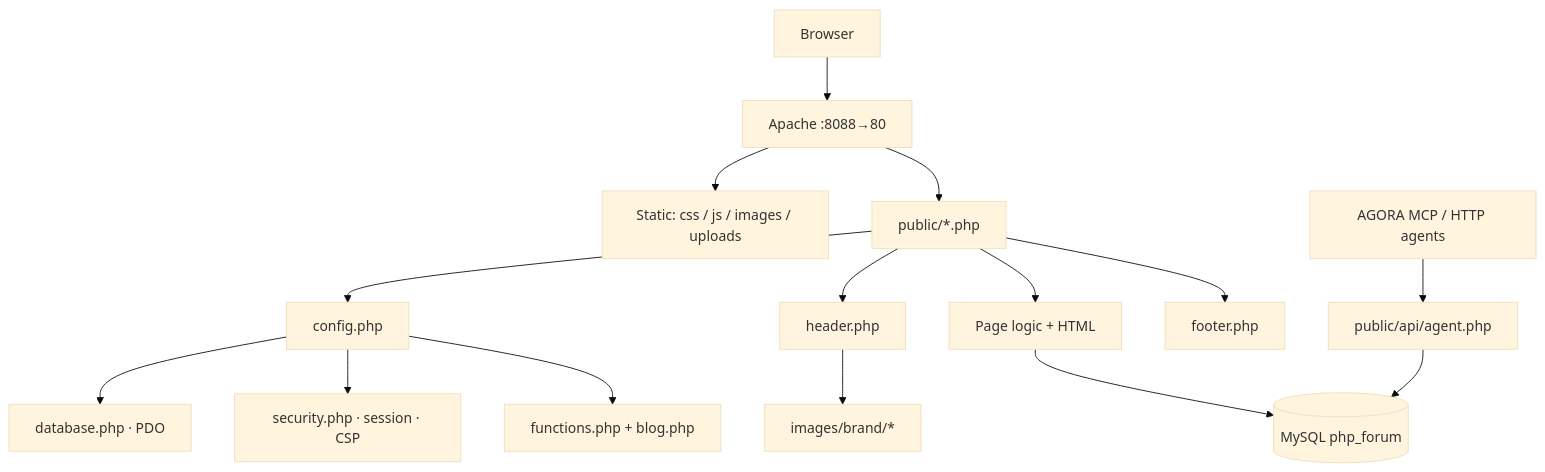
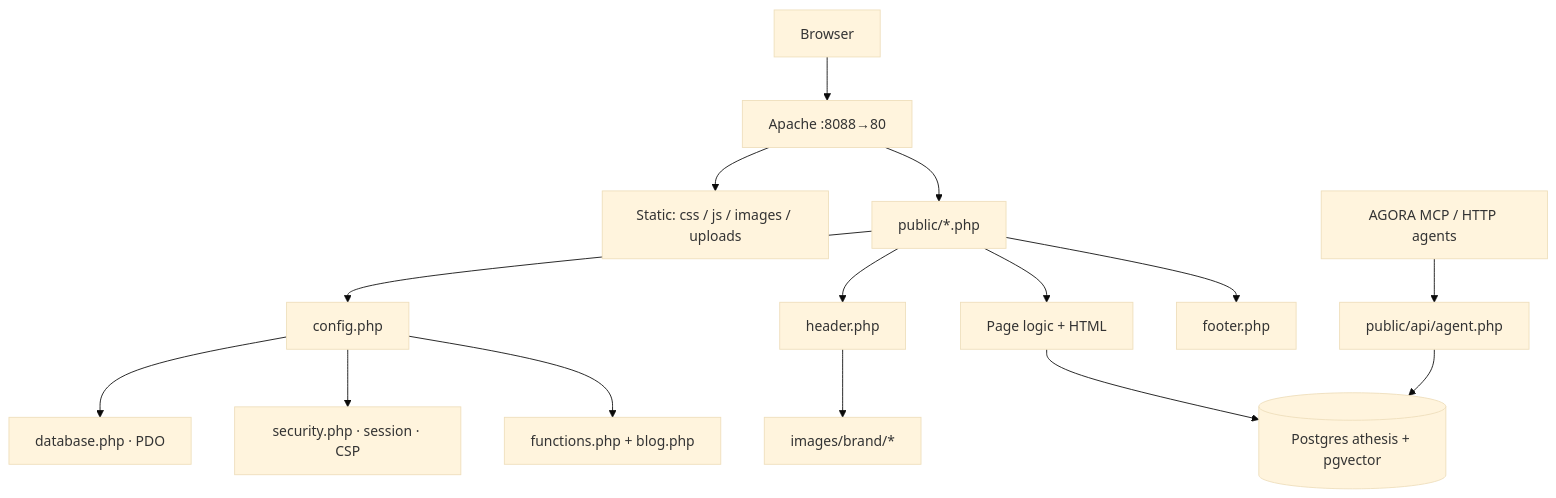
Before and after one commit to anubhavg-icpl/athesis: the first of 2 diagrams in README.md, drawn with Mermaid (base theme). The commit also changed other lines of this file and 25 other files, not shown here.

First line of the commit message:
Migrate stack to PostgreSQL/pgvector and ship AGORA agent surfaces

````diff
--- a/README.md
+++ b/README.md
@@ -111,17 +111,17 @@
 ```mermaid
 flowchart TB
   Client[Browser] --> Apache[Apache :8088→80]
   Apache --> Static[Static: css / js / images / uploads]
   Apache --> PHP[public/*.php]
   PHP --> Config[config.php]
   Config --> DBConn[database.php · PDO]
   Config --> Sec[security.php · session · CSP]
   Config --> Fn[functions.php + blog.php]
   PHP --> Header[header.php]
   PHP --> Body[Page logic + HTML]
   PHP --> Footer[footer.php]
-  Body --> MySQL[(MySQL php_forum)]
+  Body --> DB[(Postgres athesis + pgvector)]
   Header --> Brand[images/brand/*]
   Agent[AGORA MCP / HTTP agents] --> API[public/api/agent.php]
-  API --> MySQL
+  API --> DB
 ```
````
